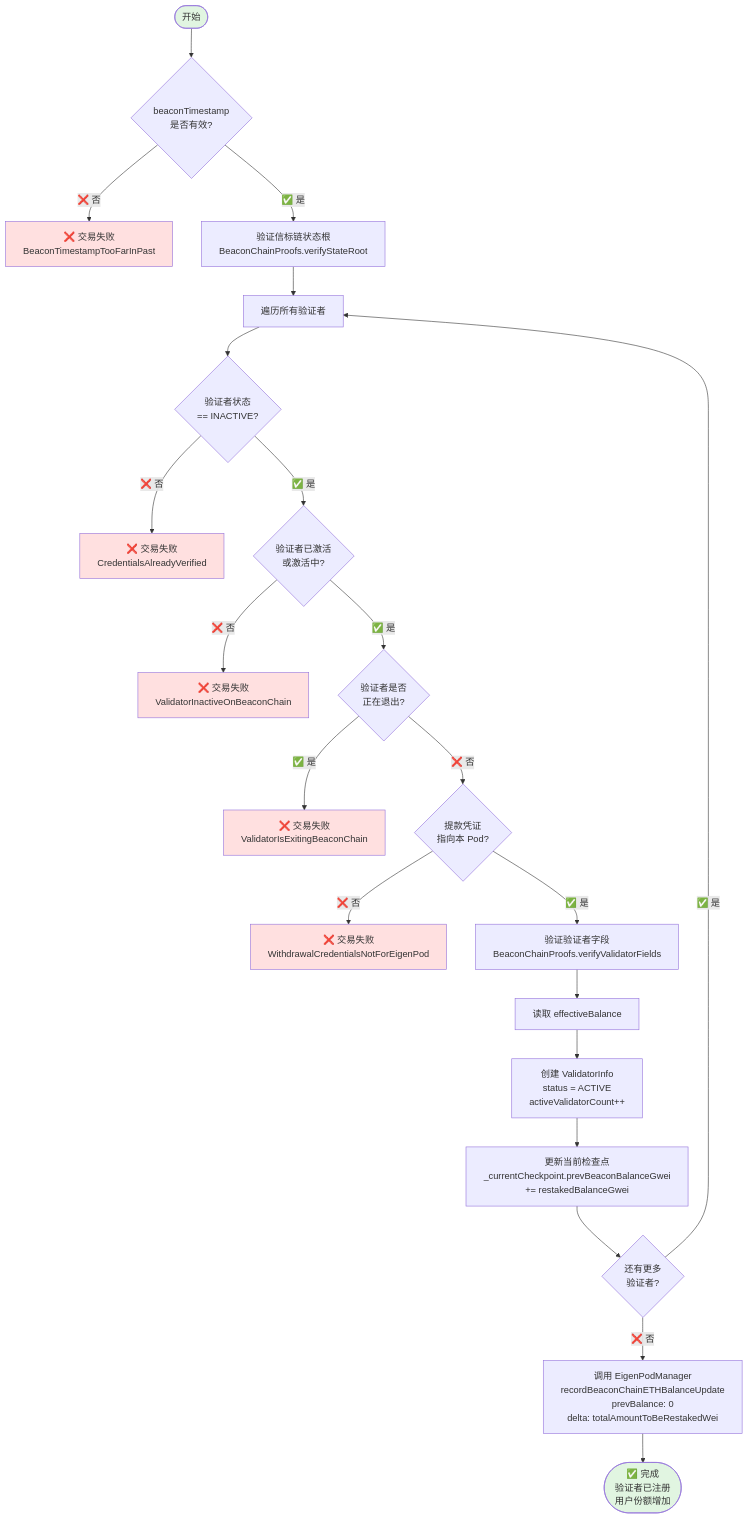
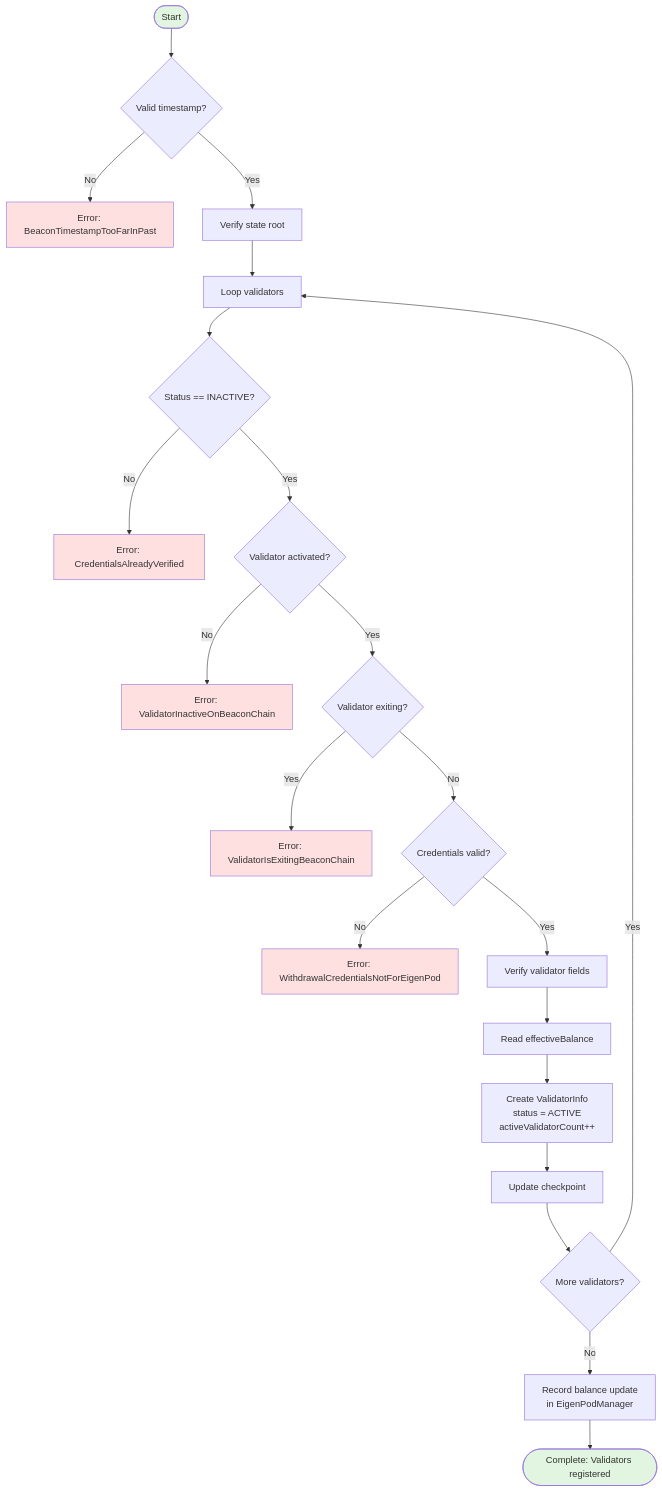
The first of 5 diagrams in docs/core/EigenPod_Checkpoint_Mechanism_CN.md (Sandwichzzy/eigenlayer-contracts), drawn with Mermaid before and after one commit. The commit also changed other lines of this file, not shown here.

````diff
--- a/docs/core/EigenPod_Checkpoint_Mechanism_CN.md
+++ b/docs/core/EigenPod_Checkpoint_Mechanism_CN.md
@@ -212,39 +211,38 @@
 ```mermaid
 flowchart TD
-    Start([开始]) --> CheckTimestamp{beaconTimestamp<br/>是否有效?}
-    CheckTimestamp -->|❌ 否| Error1[❌ 交易失败<br/>BeaconTimestampTooFarInPast]
-    CheckTimestamp -->|✅ 是| VerifyStateRoot[验证信标链状态根<br/>BeaconChainProofs.verifyStateRoot]
+    Start([Start]) --> CheckTS{Valid timestamp?}
+    CheckTS -->|No| Err1[Error: BeaconTimestampTooFarInPast]
+    CheckTS -->|Yes| VerifySR[Verify state root]
 
-    VerifyStateRoot --> LoopStart[遍历所有验证者]
-    LoopStart --> CheckStatus{验证者状态<br/>== INACTIVE?}
-    CheckStatus -->|❌ 否| Error2[❌ 交易失败<br/>CredentialsAlreadyVerified]
-    CheckStatus -->|✅ 是| CheckActivation{验证者已激活<br/>或激活中?}
+    VerifySR --> Loop[Loop validators]
+    Loop --> ChkStatus{Status == INACTIVE?}
+    ChkStatus -->|No| Err2[Error: CredentialsAlreadyVerified]
+    ChkStatus -->|Yes| ChkAct{Validator activated?}
 
-    CheckActivation -->|❌ 否| Error3[❌ 交易失败<br/>ValidatorInactiveOnBeaconChain]
-    CheckActivation -->|✅ 是| CheckExit{验证者是否<br/>正在退出?}
+    ChkAct -->|No| Err3[Error: ValidatorInactiveOnBeaconChain]
+    ChkAct -->|Yes| ChkExit{Validator exiting?}
 
-    CheckExit -->|✅ 是| Error4[❌ 交易失败<br/>ValidatorIsExitingBeaconChain]
-    CheckExit -->|❌ 否| CheckCredentials{提款凭证<br/>指向本 Pod?}
+    ChkExit -->|Yes| Err4[Error: ValidatorIsExitingBeaconChain]
+    ChkExit -->|No| ChkCreds{Credentials valid?}
 
-    CheckCredentials -->|❌ 否| Error5[❌ 交易失败<br/>WithdrawalCredentialsNotForEigenPod]
-    CheckCredentials -->|✅ 是| VerifyFields[验证验证者字段<br/>BeaconChainProofs.verifyValidatorFields]
+    ChkCreds -->|No| Err5[Error: WithdrawalCredentialsNotForEigenPod]
+    ChkCreds -->|Yes| VerifyF[Verify validator fields]
 
-    VerifyFields --> ReadBalance[读取 effectiveBalance]
-    ReadBalance --> CreateInfo[创建 ValidatorInfo<br/>status = ACTIVE<br/>activeValidatorCount++]
+    VerifyF --> ReadBal[Read effectiveBalance]
+    ReadBal --> Create[Create ValidatorInfo<br/>status = ACTIVE<br/>activeValidatorCount++]
 
-    CreateInfo --> UpdateCheckpoint[更新当前检查点<br/>_currentCheckpoint.prevBeaconBalanceGwei<br/>+= restakedBalanceGwei]
+    Create --> Update[Update checkpoint]
+    Update --> More{More validators?}
+    More -->|Yes| Loop
+    More -->|No| Record[Record balance update<br/>in EigenPodManager]
 
-    UpdateCheckpoint --> MoreValidators{还有更多<br/>验证者?}
-    MoreValidators -->|✅ 是| LoopStart
-    MoreValidators -->|❌ 否| RecordBalance[调用 EigenPodManager<br/>recordBeaconChainETHBalanceUpdate<br/>prevBalance: 0<br/>delta: totalAmountToBeRestakedWei]
-
-    RecordBalance --> End([✅ 完成<br/>验证者已注册<br/>用户份额增加])
+    Record --> End([Complete: Validators registered])
 
     style Start fill:#e1f5e1
     style End fill:#e1f5e1
-    style Error1 fill:#ffe0e0
-    style Error2 fill:#ffe0e0
-    style Error3 fill:#ffe0e0
-    style Error4 fill:#ffe0e0
-    style Error5 fill:#ffe0e0
+    style Err1 fill:#ffe0e0
+    style Err2 fill:#ffe0e0
+    style Err3 fill:#ffe0e0
+    style Err4 fill:#ffe0e0
+    style Err5 fill:#ffe0e0
 ```
````
